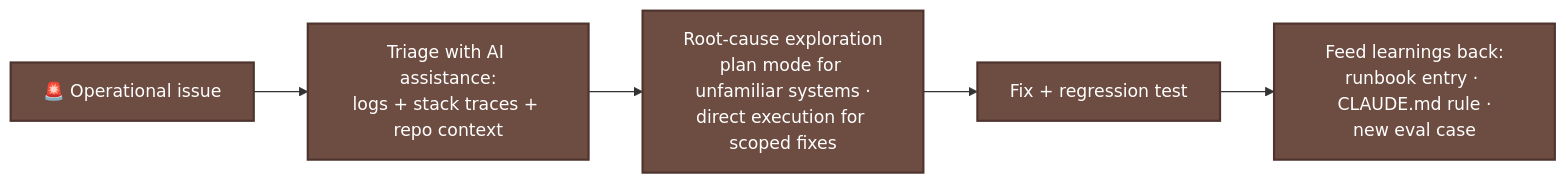
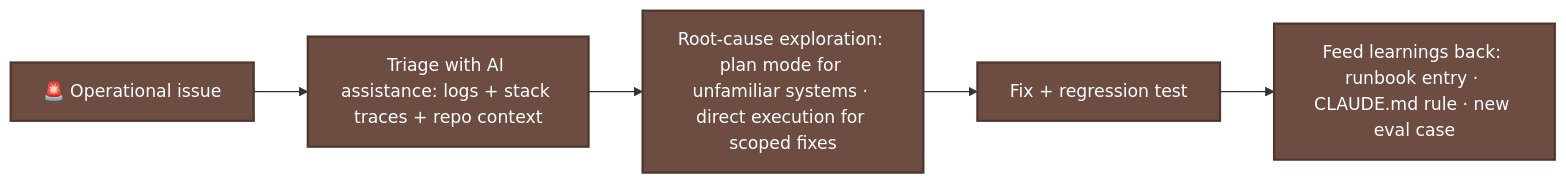
One commit to parmar-m/claude-architect-certification-prep changed the second of 2 diagrams in CCA-P/domains/d7-dev-productivity-enablement.md. Above: the diagram before and after it, drawn with Mermaid. The commit also changed other lines of this file and 25 other files, not shown here.

````diff
--- a/CCA-P/domains/d7-dev-productivity-enablement.md
+++ b/CCA-P/domains/d7-dev-productivity-enablement.md
@@ -45,8 +45,8 @@
 ```mermaid
 flowchart LR
-    ISSUE["🚨 Operational issue"] --> TRI["Triage with AI assistance:<br/>logs + stack traces + repo context"] --> RCA["Root-cause exploration<br/>plan mode for unfamiliar systems ·<br/>direct execution for scoped fixes"]
-    RCA --> FIX["Fix + regression test"] --> RB["Feed learnings back:<br/>runbook entry · CLAUDE.md rule ·<br/>new eval case"]
+    ISSUE["🚨 Operational issue"] --> TRI["Triage with AI assistance: logs + stack traces + repo context"] --> RCA["Root-cause exploration: plan mode for unfamiliar systems · direct execution for scoped fixes"]
+    RCA --> FIX["Fix + regression test"] --> RB["Feed learnings back: runbook entry · CLAUDE.md rule · new eval case"]
     classDef step fill:#6D4C41,color:#fff,stroke:#4E342E,stroke-width:2px
     class TRI,RCA,FIX,RB step
     class ISSUE step
 ```
````
